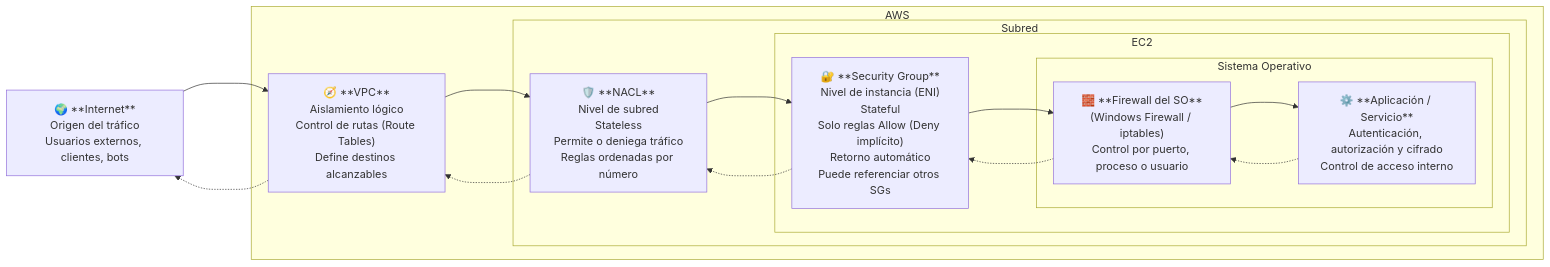
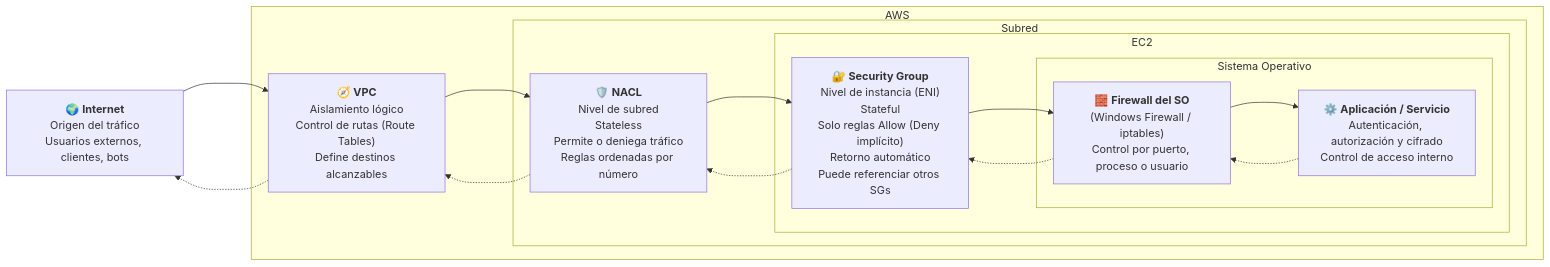
Before and after one commit to Marcos-SA-git/Pages-Test: the diagram in mywebsite/content/arch/_index.md, drawn with Mermaid. The commit also changed 61 other files, not shown here.

Commit message:
Added pan-zoom integration for mermaid

```diff
--- a/mywebsite/content/arch/_index.md
+++ b/mywebsite/content/arch/_index.md
@@ -4,29 +4,29 @@
 {{< mermaid >}}
 flowchart LR
-  A["🌍 **Internet**<br>Origen del tráfico<br>Usuarios externos, clientes, bots"]
+  A["🌍 <b>Internet</b><br>Origen del tráfico<br>Usuarios externos, clientes, bots"]
   subgraph AWS
-    B["🧭 **VPC**<br>Aislamiento lógico<br>Control de rutas (Route Tables)<br>Define destinos alcanzables"]
+    B["🧭 <b>VPC</b><br>Aislamiento lógico<br>Control de rutas (Route Tables)<br>Define destinos alcanzables"]
     subgraph Subred
-      C["🛡️ **NACL**<br>Nivel de subred<br>Stateless<br>Permite o deniega tráfico<br>Reglas ordenadas por número"]
+      C["🛡️ <b>NACL</b><br>Nivel de subred<br>Stateless<br>Permite o deniega tráfico<br>Reglas ordenadas por número"]
       subgraph EC2
-        D["🔐 **Security Group**<br>Nivel de instancia (ENI)<br>Stateful<br>Solo reglas Allow (Deny implícito)<br>Retorno automático<br>Puede referenciar otros SGs"]
+        D["🔐 <b>Security Group</b><br>Nivel de instancia (ENI)<br>Stateful<br>Solo reglas Allow (Deny implícito)<br>Retorno automático<br>Puede referenciar otros SGs"]
         subgraph Sistema Operativo
-          E["🧱 **Firewall del SO**<br>(Windows Firewall / iptables)<br>Control por puerto, proceso o usuario"]
-          F["⚙️ **Aplicación / Servicio**<br>Autenticación, autorización y cifrado<br>Control de acceso interno"]
+          E["🧱 <b>Firewall del SO</b><br>(Windows Firewall / iptables)<br>Control por puerto, proceso o usuario"]
+          F["⚙️ <b>Aplicación / Servicio</b><br>Autenticación, autorización y cifrado<br>Control de acceso interno"]
         end
       end
     end
   end
 
   A ---> B
   B ---> C
   C ---> D
   D ---> E
   E ---> F
 
   F -.-> E
   E -.-> D
   D -.-> C
   C -.-> B
   B -.-> A
 {{< /mermaid >}}
```
